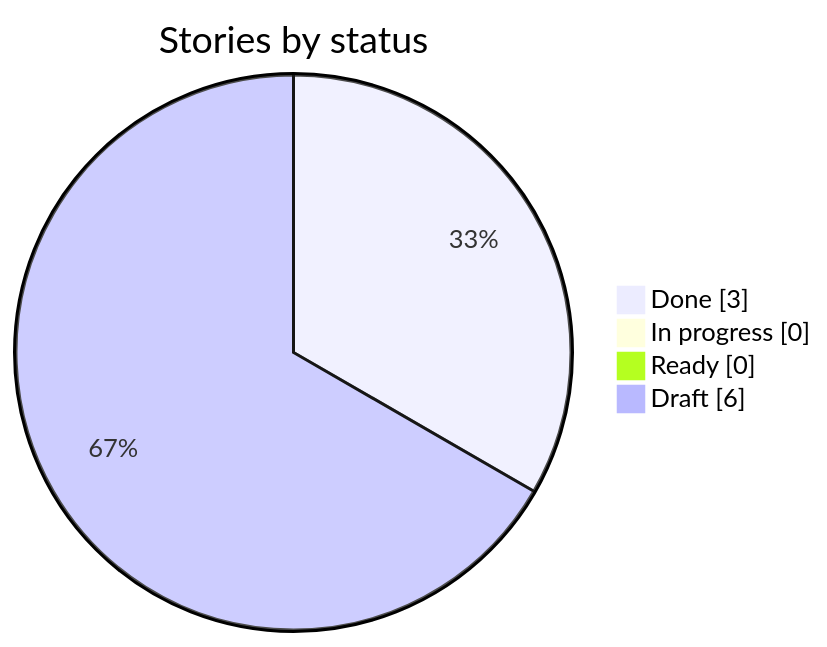
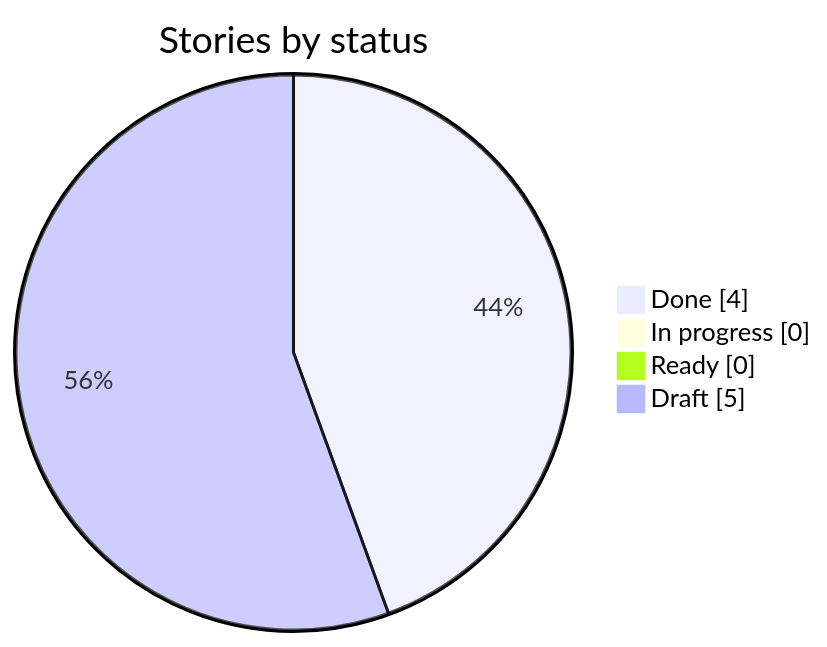
One commit to HebaGaber/oracle-property-intelligence-platform-pipeline-travis-tx changed the first of 2 diagrams in docs/progress.md. Above: the diagram before and after it, drawn with Mermaid. The commit also changed other lines of this file and 1 other file, not shown here.

````diff
--- a/docs/progress.md
+++ b/docs/progress.md
@@ -9,7 +9,7 @@
 ```mermaid
 pie showData title Stories by status
-  "Done" : 3
+  "Done" : 4
   "In progress" : 0
   "Ready" : 0
-  "Draft" : 6
+  "Draft" : 5
 ```
````
